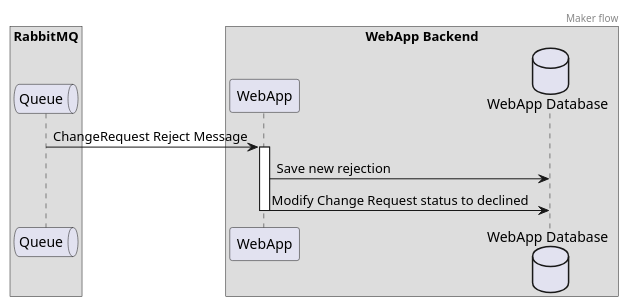
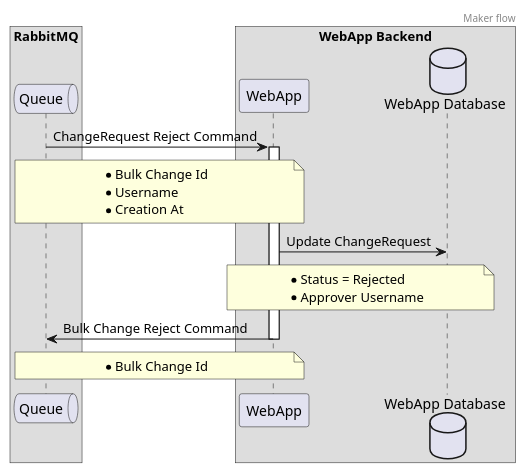
Before and after one commit to ngraczykowski/iris-root: the diagram in modules/webapp/sens-webapp-documentation/src/docs/asciidoc/adrs/diagrams/handling-reject-message.puml, drawn with PlantUML. The commit also changed 6 other files, not shown here.

```diff
--- a/modules/webapp/sens-webapp-documentation/src/docs/asciidoc/adrs/diagrams/handling-reject-message.puml
+++ b/modules/webapp/sens-webapp-documentation/src/docs/asciidoc/adrs/diagrams/handling-reject-message.puml
@@ -1,23 +1,38 @@
 @startuml
 header Maker flow
 
 box "WebApp Backend"
     participant Backend as "WebApp" order 20
     database WebAppDB as "WebApp Database" order 30
 end box
 
 box "RabbitMQ"
     queue Queue order 10
 end box
 
-Queue -> Backend : ChangeRequest Reject Message
+Queue -> Backend : ChangeRequest Reject Command
+
+note over Queue, Backend
+    * Bulk Change Id
+    * Username
+    * Creation At
+end note
 
 activate Backend
 
-Backend -> WebAppDB : Save new rejection
+Backend -> WebAppDB : Update ChangeRequest
 
-Backend -> WebAppDB : Modify Change Request status to declined
+note over Backend, WebAppDB
+    * Status = Rejected
+    * Approver Username
+end note
+
+Backend -> Queue : Bulk Change Reject Command
+note over Queue, Backend
+    * Bulk Change Id
+end note
+
 
 deactivate Backend
 
 @enduml
```
